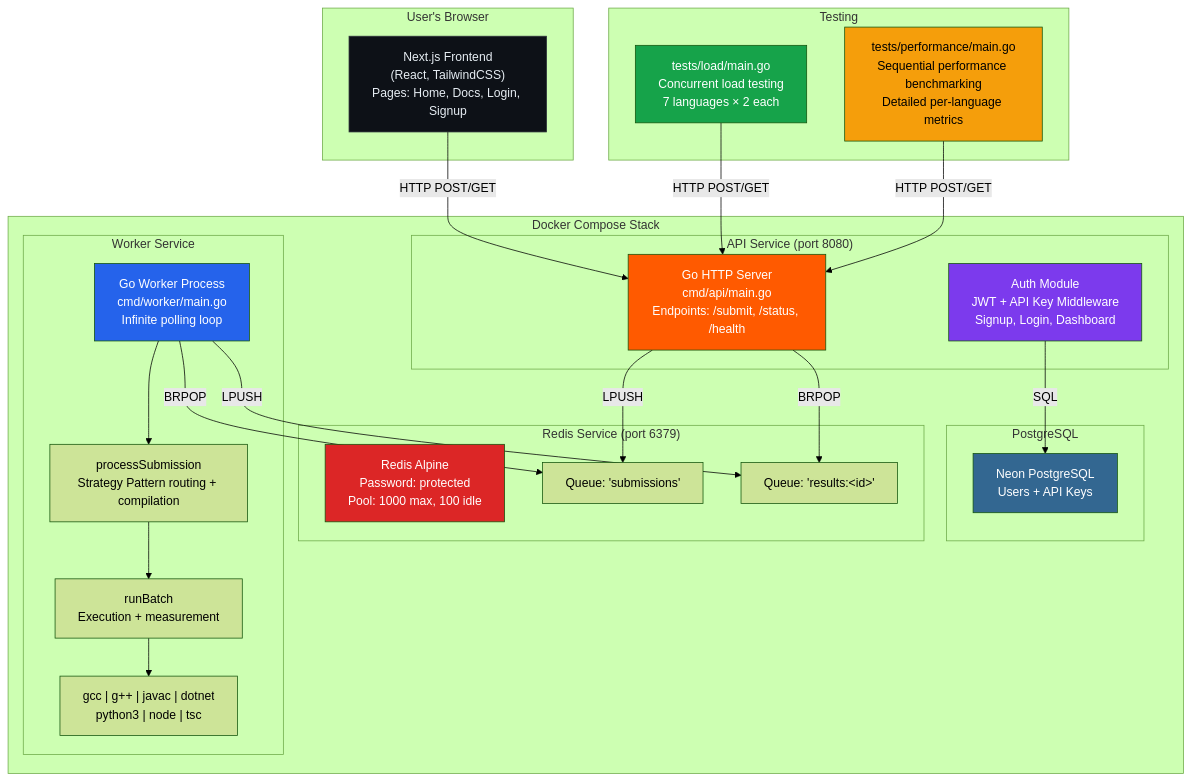
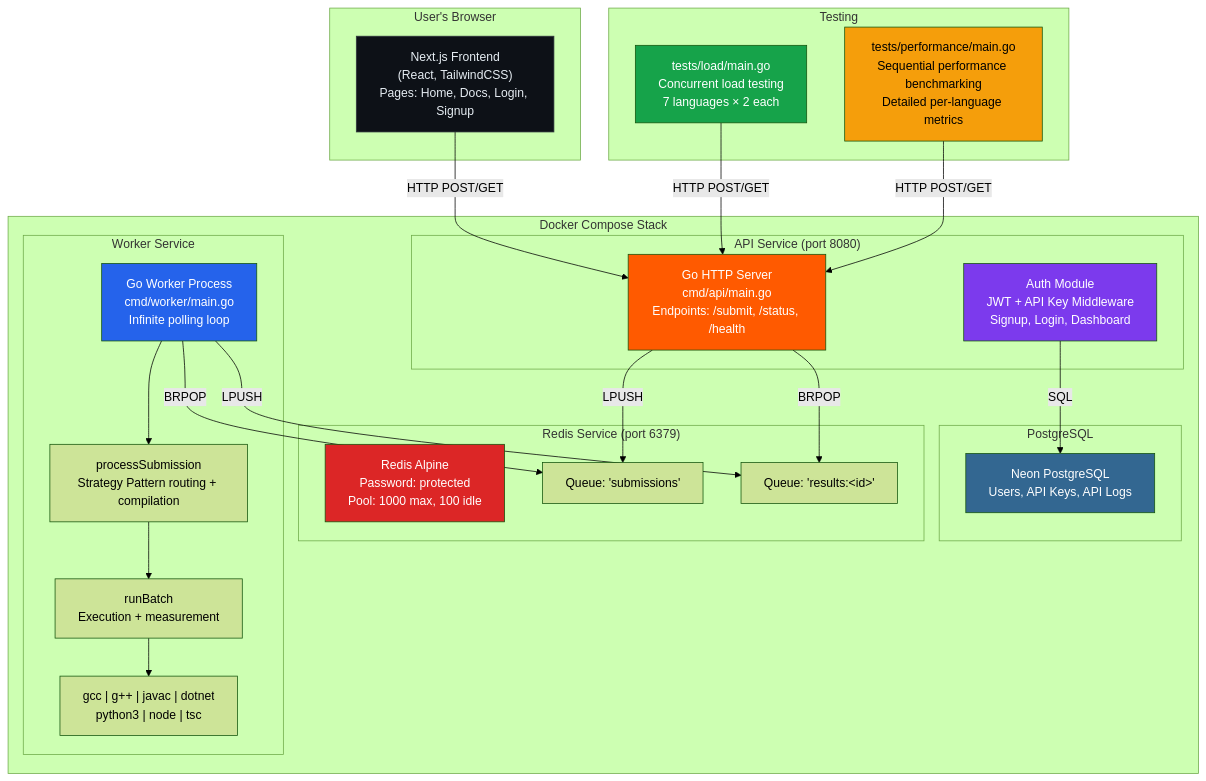
Before and after one commit to Smanikanta21/velox: the fourth of 4 diagrams in Diagrams/06_component_diagram.md, drawn with Mermaid (forest theme). The commit also changed other lines of this file and 6 other files, not shown here.

Commit message:
docs: add api logs

````diff
--- a/Diagrams/06_component_diagram.md
+++ b/Diagrams/06_component_diagram.md
@@ -177,56 +177,56 @@
 ```mermaid
 graph TB
     subgraph "User's Browser"
         FE["Next.js Frontend<br/>(React, TailwindCSS)<br/>Pages: Home, Docs, Login, Signup"]
     end
 
     subgraph "Docker Compose Stack"
         subgraph "API Service (port 8080)"
             API["Go HTTP Server<br/>cmd/api/main.go<br/>Endpoints: /submit, /status, /health"]
             AUTH["Auth Module<br/>JWT + API Key Middleware<br/>Signup, Login, Dashboard"]
         end
 
         subgraph "PostgreSQL"
-            PG["Neon PostgreSQL<br/>Users + API Keys"]
+            PG["Neon PostgreSQL<br/>Users, API Keys, API Logs"]
         end
 
         subgraph "Redis Service (port 6379)"
             REDIS["Redis Alpine<br/>Password: protected<br/>Pool: 1000 max, 100 idle"]
             SQ["Queue: 'submissions'"]
             RQ["Queue: 'results:&lt;id&gt;'"]
         end
 
         subgraph "Worker Service"
             WORKER["Go Worker Process<br/>cmd/worker/main.go<br/>Infinite polling loop"]
             PS["processSubmission<br/>Strategy Pattern routing + compilation"]
             RB["runBatch<br/>Execution + measurement"]
             COMPILERS["gcc | g++ | javac | dotnet<br/>python3 | node | tsc"]
         end
     end
 
     subgraph "Testing"
         LT["tests/load/main.go<br/>Concurrent load testing<br/>7 languages × 2 each"]
         PT["tests/performance/main.go<br/>Sequential performance benchmarking<br/>Detailed per-language metrics"]
     end
 
     FE -->|"HTTP POST/GET"| API
     LT -->|"HTTP POST/GET"| API
     PT -->|"HTTP POST/GET"| API
     API -->|"LPUSH"| SQ
     API -->|"BRPOP"| RQ
     AUTH -->|"SQL"| PG
     WORKER -->|"BRPOP"| SQ
     WORKER --> PS
     PS --> RB
     RB --> COMPILERS
     WORKER -->|"LPUSH"| RQ
 
     style FE fill:#0d1117,color:#e6edf3,stroke:#30363d
     style API fill:#ff5a00,color:#fff
     style AUTH fill:#7c3aed,color:#fff
     style PG fill:#336791,color:#fff
     style REDIS fill:#dc2626,color:#fff
     style WORKER fill:#2563eb,color:#fff
     style LT fill:#16a34a,color:#fff
     style PT fill:#f59e0b,color:#000
 ```
````
